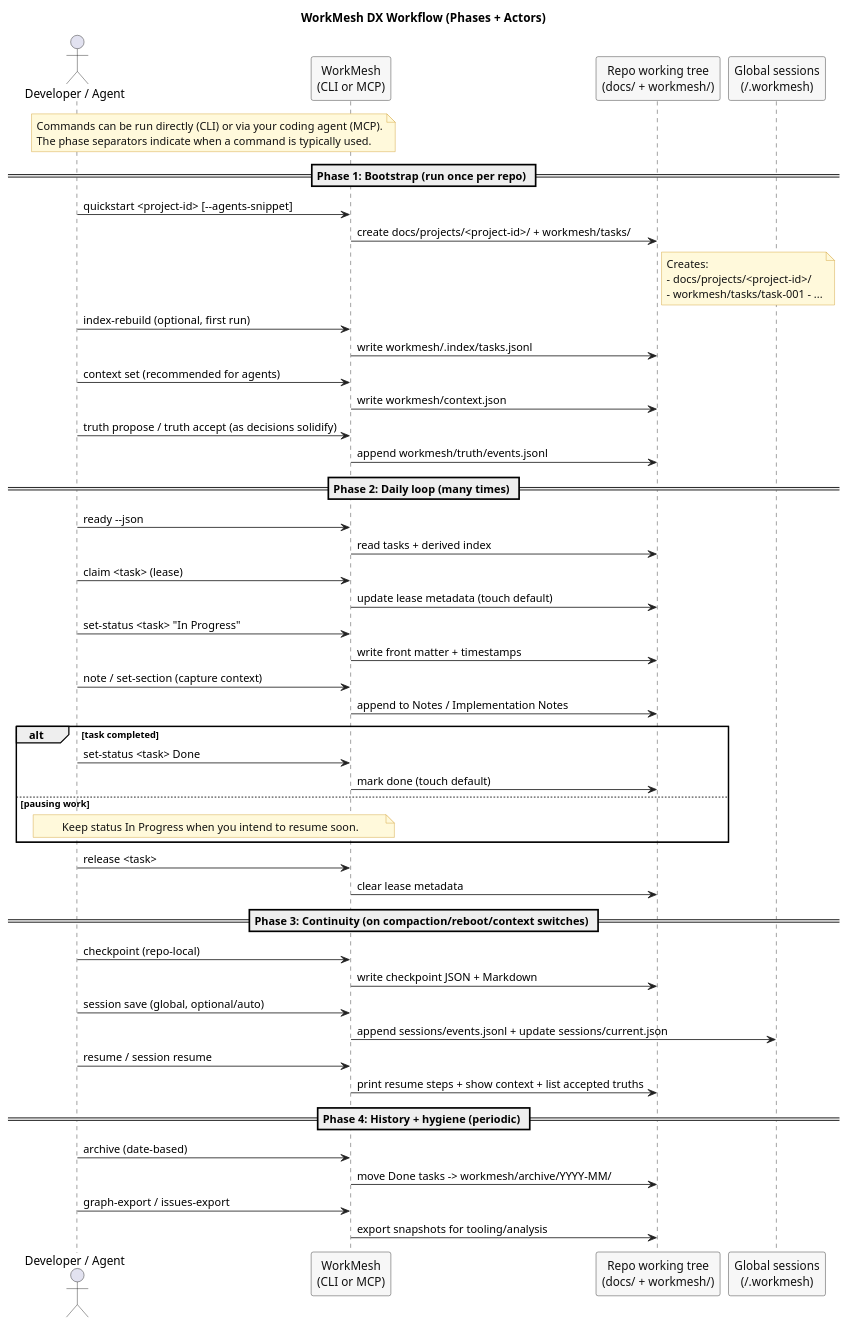
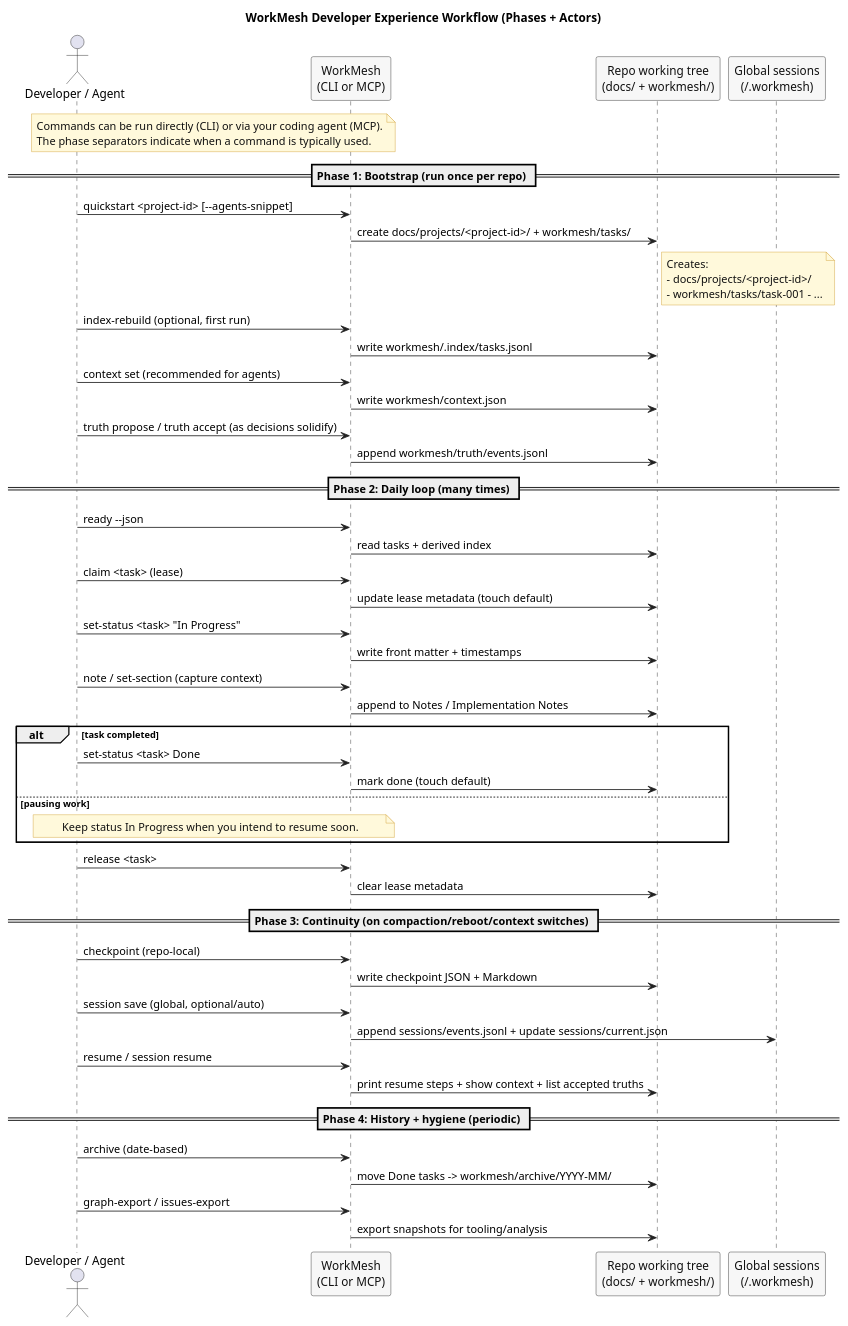
One commit to luislobo/workmesh changed the diagram in docs/diagrams/dx-workflow.puml. Above: the diagram before and after it, drawn with PlantUML. The commit also changed 11 other files, not shown here.

```diff
--- a/docs/diagrams/dx-workflow.puml
+++ b/docs/diagrams/dx-workflow.puml
@@ -1,84 +1,84 @@
 @startuml
-title WorkMesh DX Workflow (Phases + Actors)
+title WorkMesh Developer Experience Workflow (Phases + Actors)
 
 skinparam shadowing false
 skinparam backgroundColor white
 
 skinparam note {
   BackgroundColor #FFF9DB
   BorderColor #D09B2C
   FontColor #111111
 }
 
 skinparam sequence {
   ArrowColor #222222
   LifeLineBorderColor #222222
   LifeLineBackgroundColor #FFFFFF
   ParticipantBorderColor #222222
   ParticipantBackgroundColor #F7F7F7
   ParticipantFontColor #111111
   BoxBorderColor #222222
   BoxBackgroundColor #F7F7F7
   BoxFontColor #111111
 }
 
 actor "Developer / Agent" as A
 participant "WorkMesh\n(CLI or MCP)" as W
 participant "Repo working tree\n(docs/ + workmesh/)" as R
 participant "Global sessions\n(~/.workmesh)" as G
 
 note over A,W
 Commands can be run directly (CLI) or via your coding agent (MCP).
 The phase separators indicate when a command is typically used.
 end note
 
 == Phase 1: Bootstrap (run once per repo) ==
 A -> W : quickstart <project-id> [--agents-snippet]
 W -> R : create docs/projects/<project-id>/ + workmesh/tasks/
 note right of R
 Creates:
 - docs/projects/<project-id>/
 - workmesh/tasks/task-001 - ...
 end note
 A -> W : index-rebuild (optional, first run)
 W -> R : write workmesh/.index/tasks.jsonl
 A -> W : context set (recommended for agents)
 W -> R : write workmesh/context.json
 A -> W : truth propose / truth accept (as decisions solidify)
 W -> R : append workmesh/truth/events.jsonl
 
 == Phase 2: Daily loop (many times) ==
 A -> W : ready --json
 W -> R : read tasks + derived index
 A -> W : claim <task> (lease)
 W -> R : update lease metadata (touch default)
 A -> W : set-status <task> "In Progress"
 W -> R : write front matter + timestamps
 A -> W : note / set-section (capture context)
 W -> R : append to Notes / Implementation Notes
 alt task completed
   A -> W : set-status <task> Done
   W -> R : mark done (touch default)
 else pausing work
   note over A,W
   Keep status In Progress when you intend to resume soon.
   end note
 end
 A -> W : release <task>
 W -> R : clear lease metadata
 
 == Phase 3: Continuity (on compaction/reboot/context switches) ==
 A -> W : checkpoint (repo-local)
 W -> R : write checkpoint JSON + Markdown
 A -> W : session save (global, optional/auto)
 W -> G : append sessions/events.jsonl + update sessions/current.json
 A -> W : resume / session resume
 W -> R : print resume steps + show context + list accepted truths
 
 == Phase 4: History + hygiene (periodic) ==
 A -> W : archive (date-based)
 W -> R : move Done tasks -> workmesh/archive/YYYY-MM/
 A -> W : graph-export / issues-export
 W -> R : export snapshots for tooling/analysis
 
 @enduml
```
